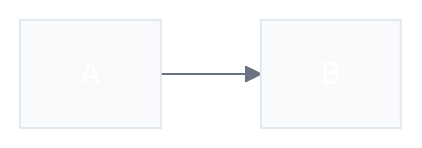
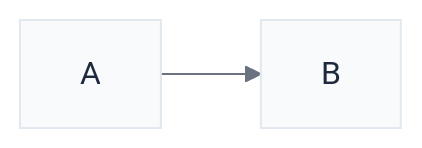
Before and after one commit to tech-leads-club/agent-skills: the first of 6 diagrams in packages/skills-catalog/skills/(tooling)/mermaid-studio/references/themes.md, drawn with Mermaid. The commit also changed other lines of this file and 6 other files, not shown here.

First line of the commit message:
fix(skills-catalog): ensure readable mermaid light palettes

````diff
--- a/packages/skills-catalog/skills/(tooling)/mermaid-studio/references/themes.md
+++ b/packages/skills-catalog/skills/(tooling)/mermaid-studio/references/themes.md
@@ -66,22 +82,27 @@
 ```mermaid
 ---
 config:
   theme: base
   themeVariables:
-    primaryColor: "#4f46e5"
-    primaryTextColor: "#ffffff"
+    primaryColor: "#eef2ff"
+    primaryTextColor: "#1e293b"
+    nodeTextColor: "#1e293b"
+    actorBkg: "#f8fafc"
+    actorTextColor: "#1e293b"
+    noteBkgColor: "#fef3c7"
+    noteTextColor: "#1e293b"
     primaryBorderColor: "#3730a3"
     lineColor: "#6b7280"
-    secondaryColor: "#10b981"
-    tertiaryColor: "#f59e0b"
+    secondaryColor: "#d1fae5"
+    tertiaryColor: "#fef3c7"
     background: "#ffffff"
     mainBkg: "#f8fafc"
     nodeBorder: "#e2e8f0"
     clusterBkg: "#f1f5f9"
     clusterBorder: "#cbd5e1"
     titleColor: "#1e293b"
     edgeLabelBackground: "#ffffff"
 ---
 flowchart LR
     A --> B
 ```
````
